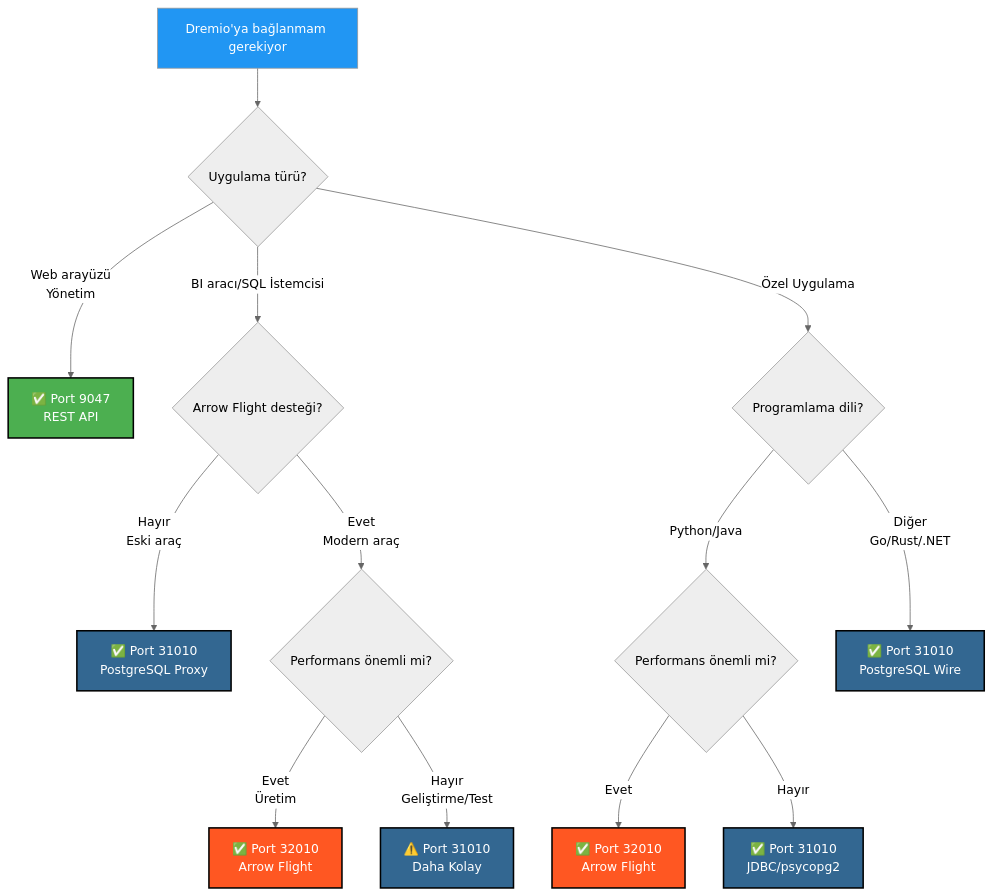
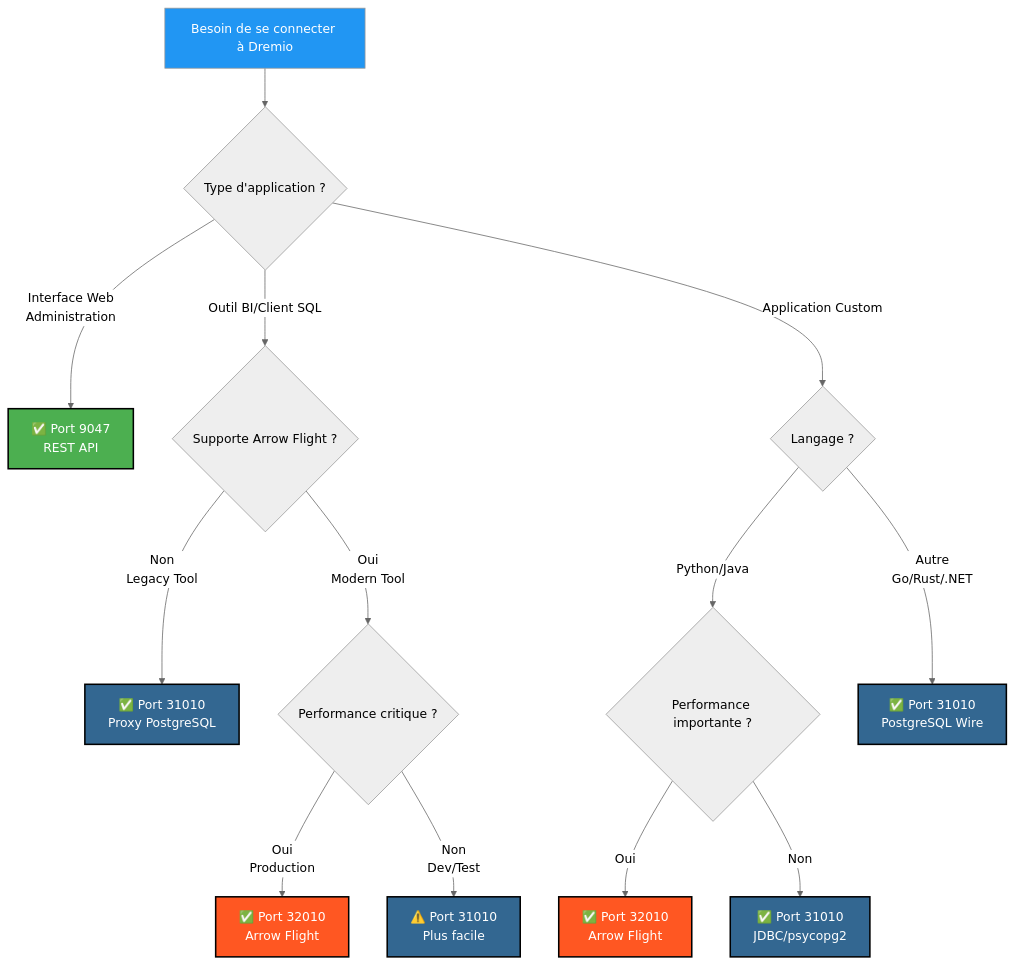
One commit to Monsau/Talentys-OSS-Data-Platform changed the eighth of 9 diagrams in docs/i18n/tr/architecture/dremio-ports-visual.md. Above: the diagram before and after it, drawn with Mermaid (neutral theme). The commit also changed other lines of this file and 485 other files, not shown here.

First line of the commit message:
feat: v1.1.0 - Complete i18n roadmap, AI services, and data platform

````diff
--- a/docs/i18n/tr/architecture/dremio-ports-visual.md
+++ b/docs/i18n/tr/architecture/dremio-ports-visual.md
@@ -252,33 +252,33 @@
 ```mermaid
 graph TB
-    Start[Dremio'ya bağlanmam gerekiyor]
+    Start[Besoin de se connecter à Dremio]
     
-    Start --> Q1{Uygulama türü?}
+    Start --> Q1{Type d'application ?}
     
-    Q1 -->|Web arayüzü<br/>Yönetim| Port9047[✅ Port 9047<br/>REST API]
+    Q1 -->|Interface Web<br/>Administration| Port9047[✅ Port 9047<br/>REST API]
     
-    Q1 -->|BI aracı/SQL İstemcisi| Q2{Arrow Flight desteği?}
+    Q1 -->|Outil BI/Client SQL| Q2{Supporte Arrow Flight ?}
     
-    Q2 -->|Hayır<br/>Eski araç| Port31010[✅ Port 31010<br/>PostgreSQL Proxy]
-    Q2 -->|Evet<br/>Modern araç| Q3{Performans önemli mi?}
+    Q2 -->|Non<br/>Legacy Tool| Port31010[✅ Port 31010<br/>Proxy PostgreSQL]
+    Q2 -->|Oui<br/>Modern Tool| Q3{Performance critique ?}
     
-    Q3 -->|Evet<br/>Üretim| Port32010[✅ Port 32010<br/>Arrow Flight]
-    Q3 -->|Hayır<br/>Geliştirme/Test| Port31010b[⚠️ Port 31010<br/>Daha Kolay]
+    Q3 -->|Oui<br/>Production| Port32010[✅ Port 32010<br/>Arrow Flight]
+    Q3 -->|Non<br/>Dev/Test| Port31010b[⚠️ Port 31010<br/>Plus facile]
     
-    Q1 -->|Özel Uygulama| Q4{Programlama dili?}
+    Q1 -->|Application Custom| Q4{Langage ?}
     
-    Q4 -->|Python/Java| Q5{Performans önemli mi?}
-    Q5 -->|Evet| Port32010b[✅ Port 32010<br/>Arrow Flight]
-    Q5 -->|Hayır| Port31010c[✅ Port 31010<br/>JDBC/psycopg2]
+    Q4 -->|Python/Java| Q5{Performance importante ?}
+    Q5 -->|Oui| Port32010b[✅ Port 32010<br/>Arrow Flight]
+    Q5 -->|Non| Port31010c[✅ Port 31010<br/>JDBC/psycopg2]
     
-    Q4 -->|Diğer<br/>Go/Rust/.NET| Port31010d[✅ Port 31010<br/>PostgreSQL Wire]
+    Q4 -->|Autre<br/>Go/Rust/.NET| Port31010d[✅ Port 31010<br/>PostgreSQL Wire]
     
     style Start fill:#2196F3,color:#fff
     style Port9047 fill:#4CAF50,color:#fff,stroke:#000,stroke-width:2px
     style Port31010 fill:#336791,color:#fff,stroke:#000,stroke-width:2px
     style Port31010b fill:#336791,color:#fff,stroke:#000,stroke-width:2px
     style Port31010c fill:#336791,color:#fff,stroke:#000,stroke-width:2px
     style Port31010d fill:#336791,color:#fff,stroke:#000,stroke-width:2px
     style Port32010 fill:#FF5722,color:#fff,stroke:#000,stroke-width:2px
     style Port32010b fill:#FF5722,color:#fff,stroke:#000,stroke-width:2px
 ```
````
